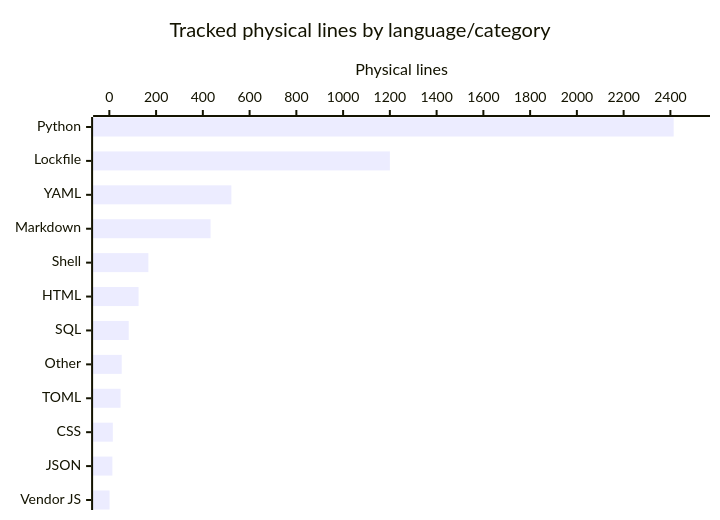
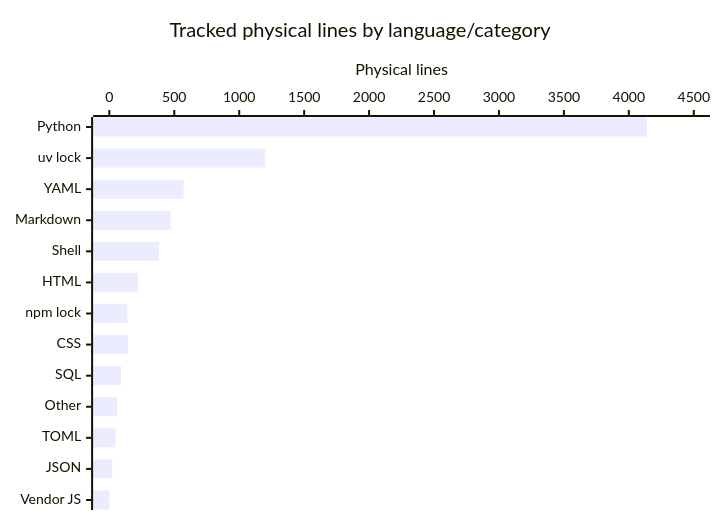
The diagram in droid-wiki/by-the-numbers.md (ptfeya/ledgerlite), drawn with Mermaid before and after one commit. The commit also changed other lines of this file and 22 other files, not shown here.

````diff
--- a/droid-wiki/by-the-numbers.md
+++ b/droid-wiki/by-the-numbers.md
@@ -33,7 +35,7 @@
 ```mermaid
 xychart-beta horizontal
     title "Tracked physical lines by language/category"
-    x-axis ["Python", "Lockfile", "YAML", "Markdown", "Shell", "HTML", "SQL", "Other", "TOML", "CSS", "JSON", "Vendor JS"]
-    y-axis "Physical lines" 0 --> 2500
-    bar [2414, 1200, 522, 433, 167, 125, 83, 53, 48, 15, 13, 1]
+    x-axis ["Python", "uv lock", "YAML", "Markdown", "Shell", "HTML", "npm lock", "CSS", "SQL", "Other", "TOML", "JSON", "Vendor JS"]
+    y-axis "Physical lines" 0 --> 4500
+    bar [4140, 1200, 572, 473, 382, 222, 139, 143, 90, 59, 48, 22, 1]
 ```
````
